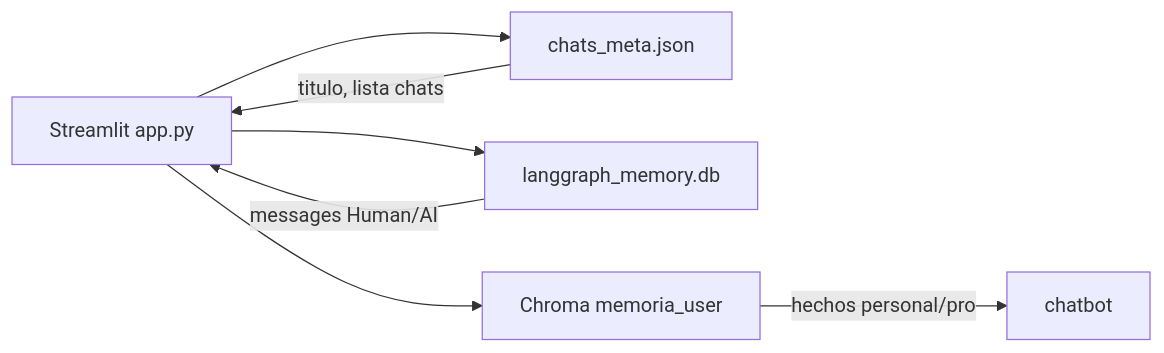
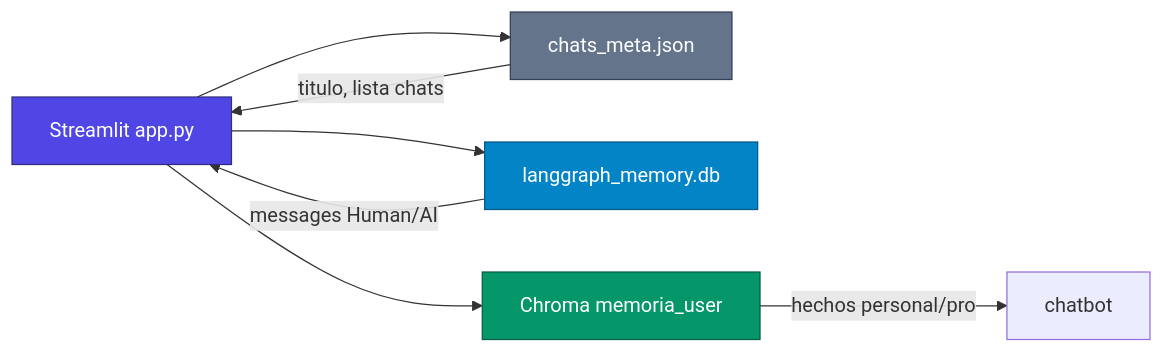
One commit to JohnRSantamaria/Langgraph-LangChain changed the first of 2 diagrams in Tema 5/MULTIUSER_NOTAS.md. Above: the diagram before and after it, drawn with Mermaid. The commit also changed other lines of this file and 5 other files, not shown here.

Commit message:
Add new Markdown formatting skill and reference documentation for study notebooks. Include Mermaid diagram templates and guidelines for structuring content. Update existing notes with additional class definitions for improved clarity in memory management diagrams.

````diff
--- a/Tema 5/MULTIUSER_NOTAS.md
+++ b/Tema 5/MULTIUSER_NOTAS.md
@@ -31,15 +31,25 @@
 ```mermaid
 flowchart LR
     UI["Streamlit app.py"]
     JSON["chats_meta.json"]
     LG["langgraph_memory.db"]
     CH["Chroma memoria_user"]
 
     UI --> JSON
     UI --> LG
     UI --> CH
 
     JSON -->|"titulo, lista chats"| UI
     LG -->|"messages Human/AI"| UI
     CH -->|"hechos personal/pro"| chatbot
+
+    classDef ui fill:#4F46E5,stroke:#312E81,color:#fff
+    classDef meta fill:#64748B,stroke:#334155,color:#fff
+    classDef lg fill:#0284C7,stroke:#075985,color:#fff
+    classDef ch fill:#059669,stroke:#065F46,color:#fff
+
+    class UI ui
+    class JSON meta
+    class LG lg
+    class CH ch
 ```
````
